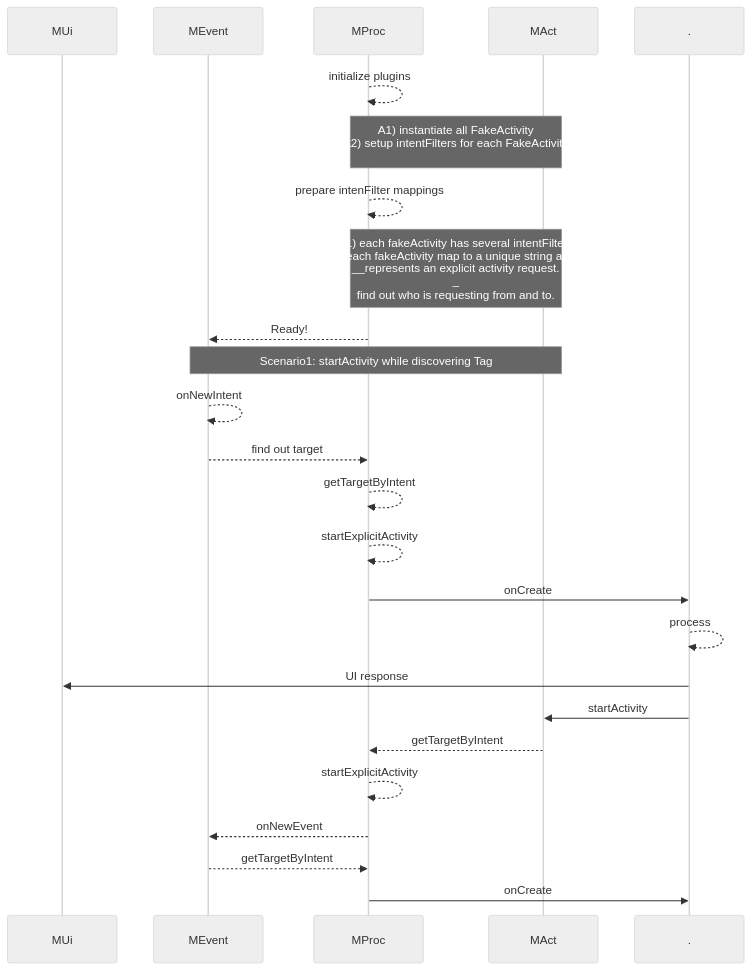
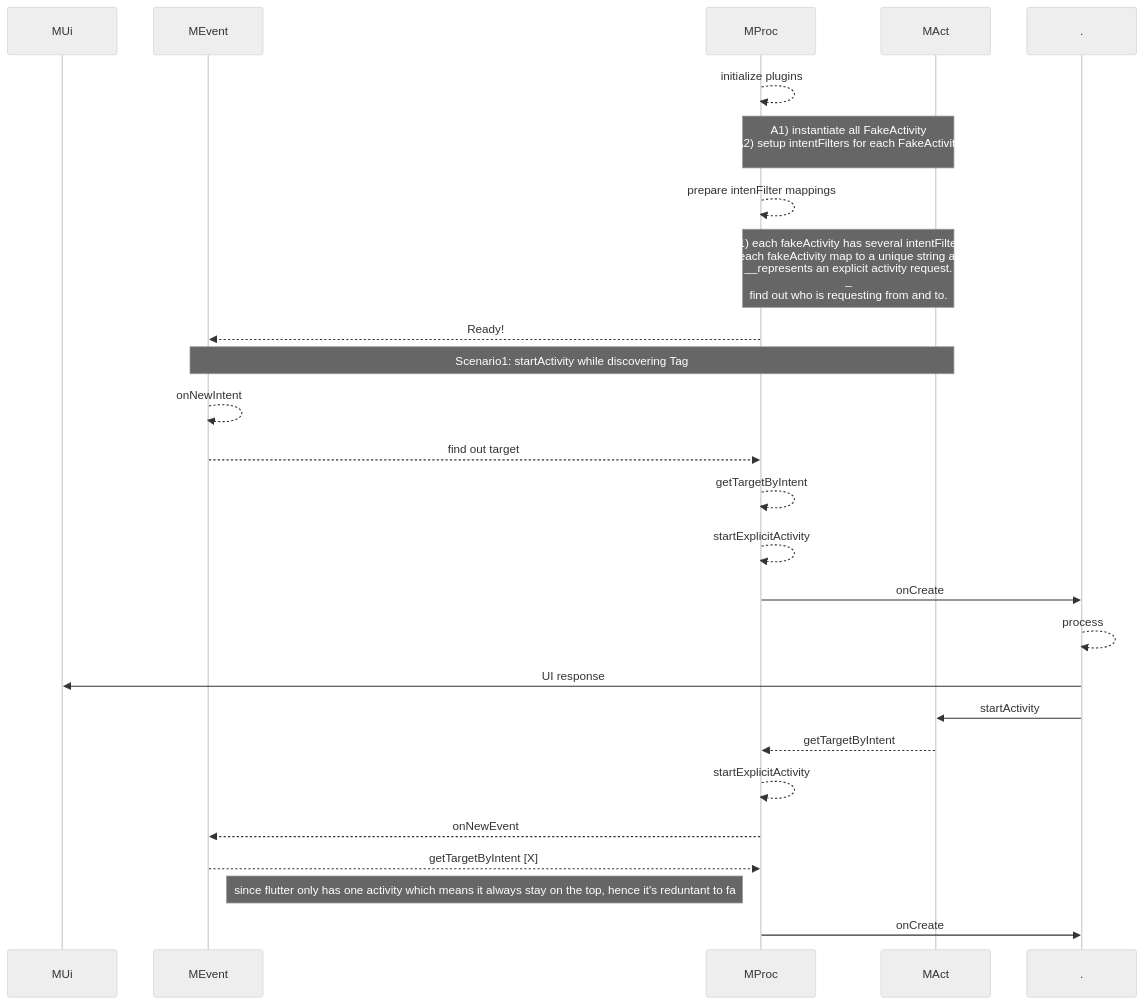
Before and after one commit to gordianknotC/nxp_note: the third of 6 diagrams in flutter/android_to_flutter.md, drawn with Mermaid (neutral theme). The commit also changed other lines of this file, not shown here.

Commit message:
flutter/android_to_flutter.md updated from https://stackedit.io/

````diff
--- a/flutter/android_to_flutter.md
+++ b/flutter/android_to_flutter.md
@@ -50,32 +50,33 @@
 ```mermaid
 sequenceDiagram
 participant MUi
 participant MEvent
 participant MProc
 participant MAct
 participant .
 
 MProc-->>MProc: initialize plugins
 Note over MProc,MAct: A1) instantiate all FakeActivity<br>A2) setup intentFilters for each FakeActivity<br>
 
 MProc-->>MProc: prepare intenFilter mappings
 Note over MProc, MAct: B1) each fakeActivity has several intentFilters<br>B2) each fakeActivity map to a unique string action<br>__represents an explicit activity request.<br>_<br> find out who is requesting from and to.
 
 MProc-->>MEvent: Ready!
 
 Note over MEvent, MAct: Scenario1: startActivity while discovering Tag
 MEvent-->>MEvent: onNewIntent
 MEvent-->>MProc: find out target
 MProc-->>MProc: getTargetByIntent
 MProc-->>MProc: startExplicitActivity
 MProc->> . : onCreate
 . -->> . : process
 . ->> MUi: UI response
 . ->> MAct: startActivity
 MAct -->> MProc: getTargetByIntent
 MProc -->> MProc: startExplicitActivity
 MProc -->> MEvent: onNewEvent
-MEvent -->> MProc: getTargetByIntent
+MEvent -->> MProc: getTargetByIntent [X]
+Note right of MEvent: since flutter only has one activity which means it always stay on the top, hence it's reduntant to fa
 MProc ->> . : onCreate
 
 ```
````
